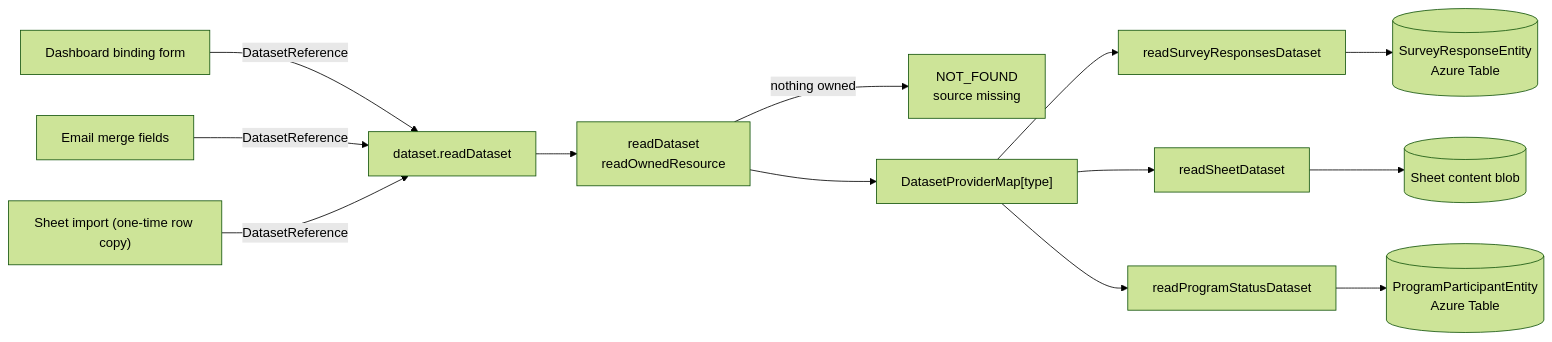
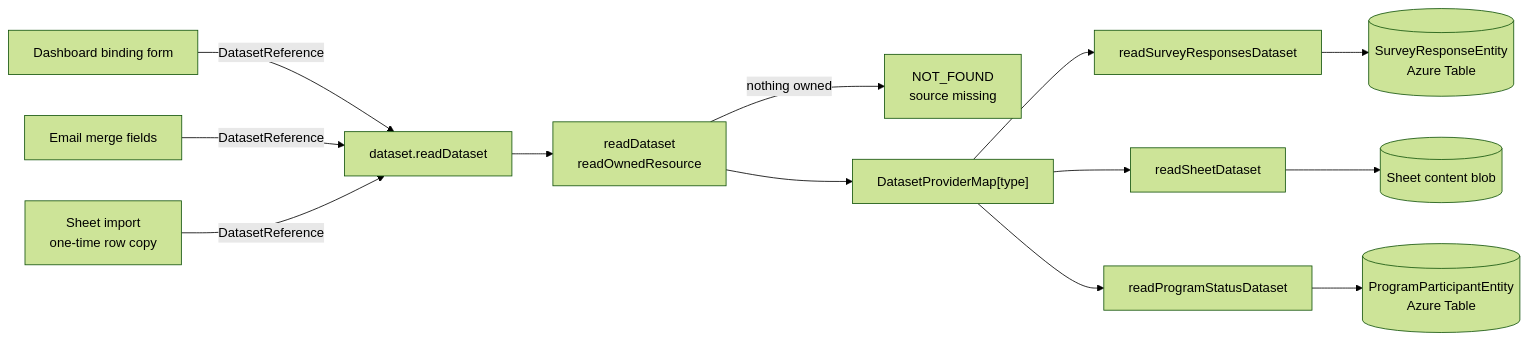
One commit to Esposter/Esposter changed the diagram in openspec/specs/architecture/dataset/design.md. Above: the diagram before and after it, drawn with Mermaid (forest theme). The commit also changed 7 other files, not shown here.

````diff
--- a/openspec/specs/architecture/dataset/design.md
+++ b/openspec/specs/architecture/dataset/design.md
@@ -48,12 +48,12 @@
 ```mermaid
 flowchart LR
   DASH["Dashboard binding form"] -->|DatasetReference| RD["dataset.readDataset"]
   EMAIL["Email merge fields"] -->|DatasetReference| RD
-  IMPORT["Sheet import (one-time row copy)"] -->|DatasetReference| RD
+  IMPORT["Sheet import<br/>one-time row copy"] -->|DatasetReference| RD
   RD --> OWN["readDataset<br/>readOwnedResource"]
   OWN -->|"nothing owned"| MISSING["NOT_FOUND<br/>source missing"]
   OWN --> MAP["DatasetProviderMap[type]"]
   MAP --> SR["readSurveyResponsesDataset"] --> AT[("SurveyResponseEntity<br/>Azure Table")]
   MAP --> FR["readSheetDataset"] --> BLOB[("Sheet content blob")]
   MAP --> PR["readProgramStatusDataset"] --> PT[("ProgramParticipantEntity<br/>Azure Table")]
 ```
````
